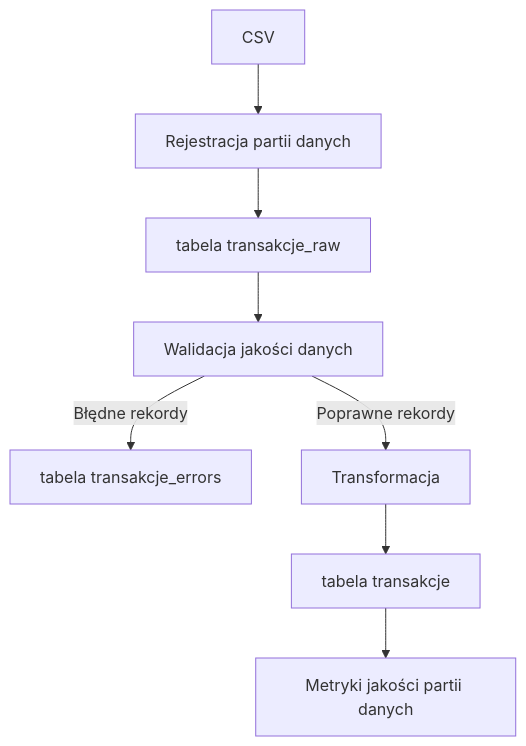
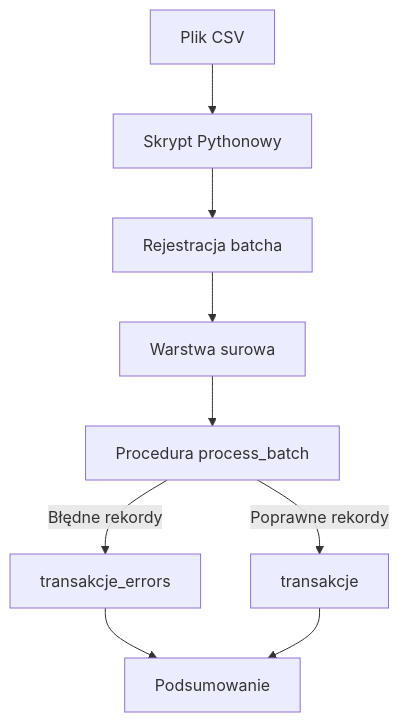
The first of 2 diagrams in README.md (S0phrine/TransactFlow-ETL), drawn with Mermaid before and after one commit. The commit also changed other lines of this file, not shown here.

````diff
--- a/README.md
+++ b/README.md
@@ -16,10 +15,11 @@
 ```mermaid
 flowchart TD
-    A["CSV"] --> B["Rejestracja partii danych"]
-    B --> C["tabela transakcje_raw"]
-    C --> D["Walidacja jakości danych"]
-    D -->|Błędne rekordy| E["tabela transakcje_errors"]
-    D -->|Poprawne rekordy| F["Transformacja"]
-    F --> G["tabela transakcje"]
-    G --> H["Metryki jakości partii danych"]
+    A["Plik CSV"] --> B["Skrypt Pythonowy"]
+    B --> C["Rejestracja batcha"]
+    C --> D["Warstwa surowa"]
+    D --> E["Procedura process_batch"]
+    E -->|Błędne rekordy| F["transakcje_errors"]
+    E -->|Poprawne rekordy| G["transakcje"]
+    F --> H["Podsumowanie"]
+    G --> H
 ```
````
